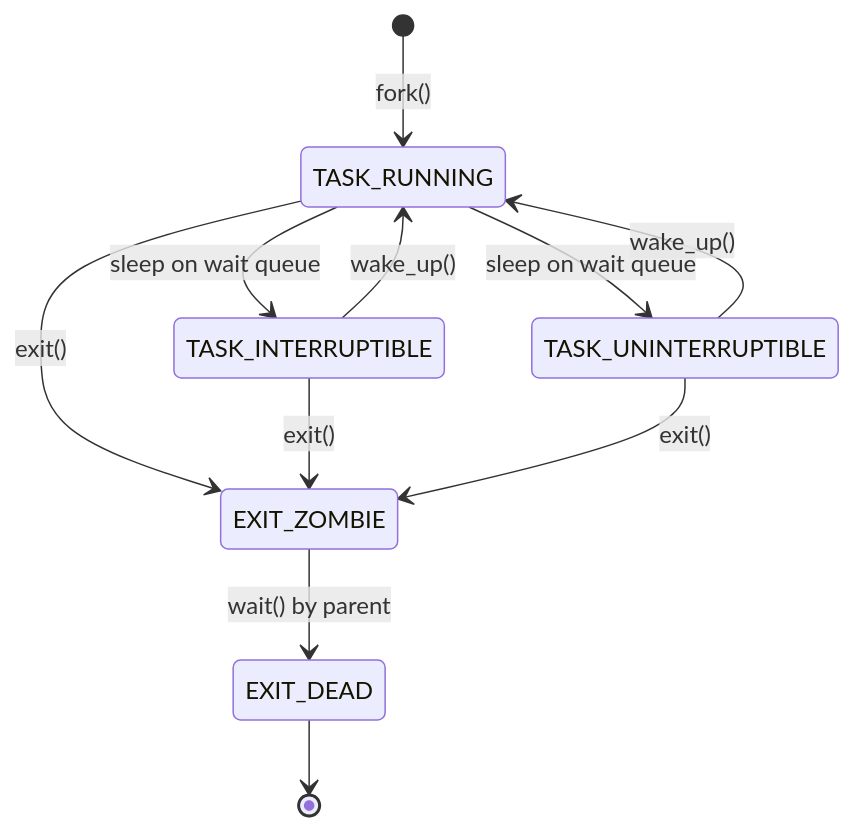
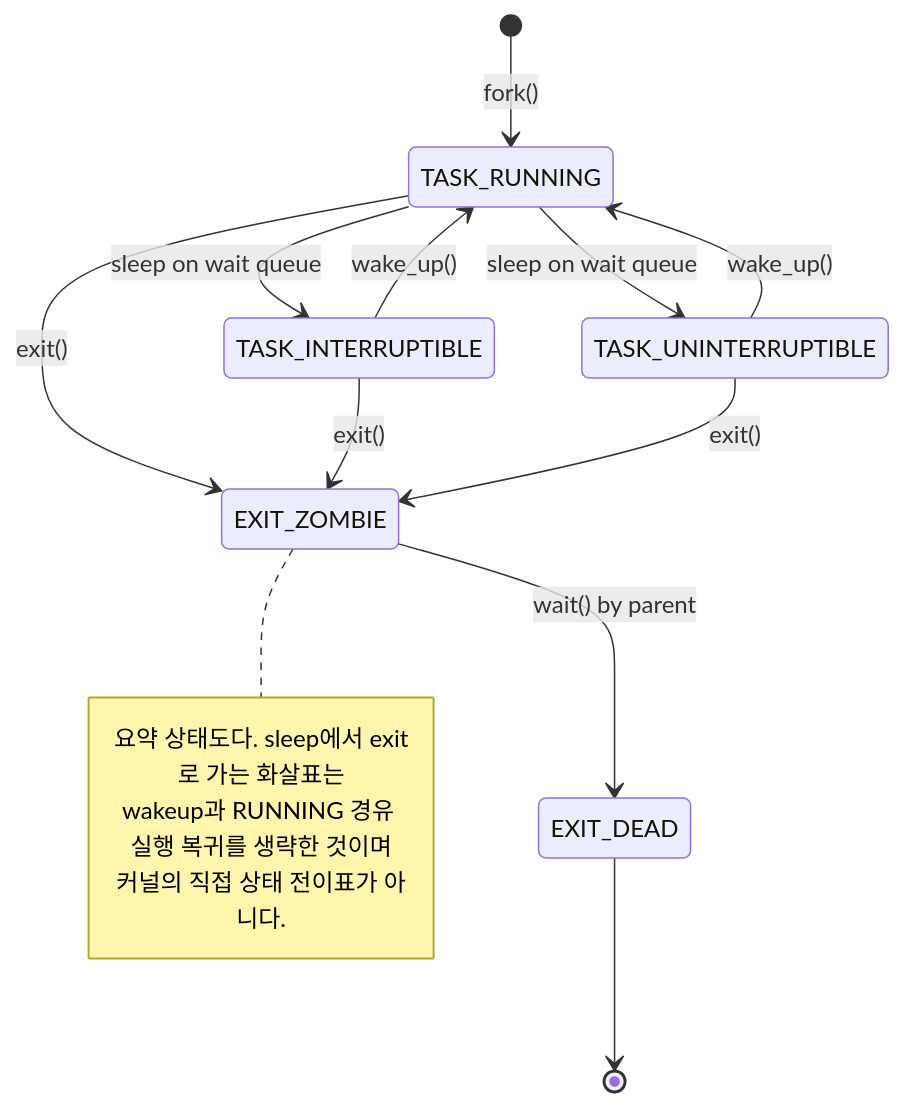
The first of 2 diagrams in system/part02_process.md (Rein-ArXiv/game-dev-curriculum), drawn with Mermaid before and after one commit. The commit also changed other lines of this file and 279 other files, not shown here.

````diff
--- a/system/part02_process.md
+++ b/system/part02_process.md
@@ -291,13 +291,18 @@
 ```mermaid
 stateDiagram-v2
     [*] --> TASK_RUNNING: fork()
     TASK_RUNNING --> TASK_INTERRUPTIBLE: sleep on wait queue
     TASK_RUNNING --> TASK_UNINTERRUPTIBLE: sleep on wait queue
     TASK_INTERRUPTIBLE --> TASK_RUNNING: wake_up()
     TASK_UNINTERRUPTIBLE --> TASK_RUNNING: wake_up()
     TASK_RUNNING --> EXIT_ZOMBIE: exit()
     TASK_INTERRUPTIBLE --> EXIT_ZOMBIE: exit()
     TASK_UNINTERRUPTIBLE --> EXIT_ZOMBIE: exit()
     EXIT_ZOMBIE --> EXIT_DEAD: wait() by parent
     EXIT_DEAD --> [*]
+    note right of EXIT_ZOMBIE
+        요약 상태도다. sleep에서 exit로 가는 화살표는
+        wakeup과 RUNNING 경유 실행 복귀를 생략한 것이며
+        커널의 직접 상태 전이표가 아니다.
+    end note
 ```
````
